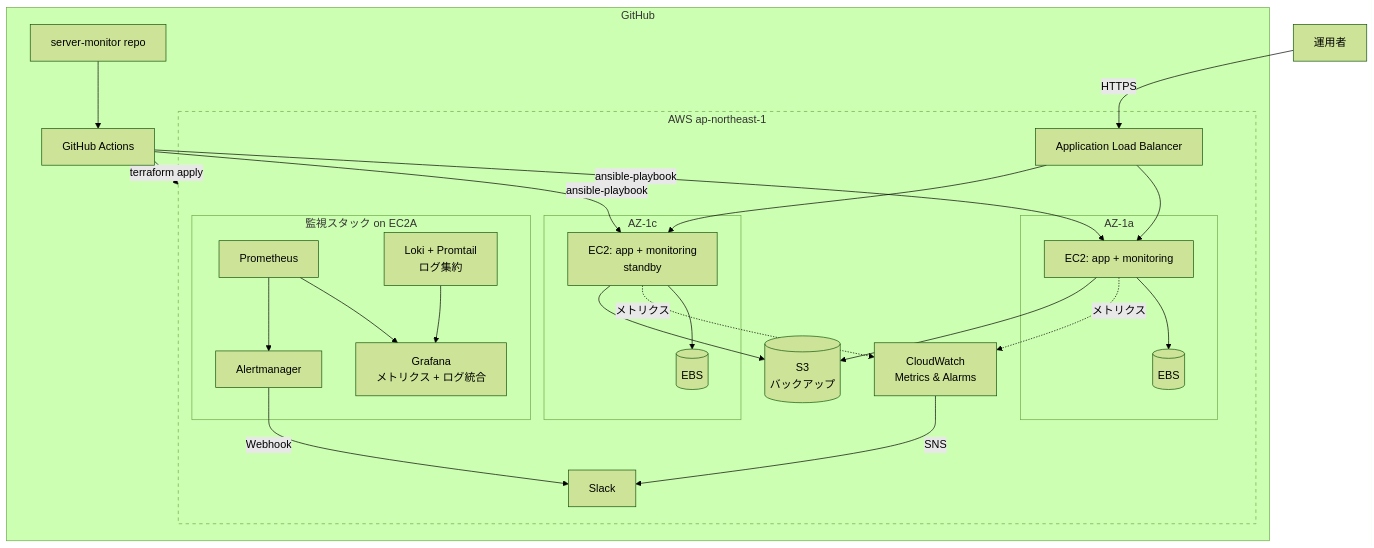
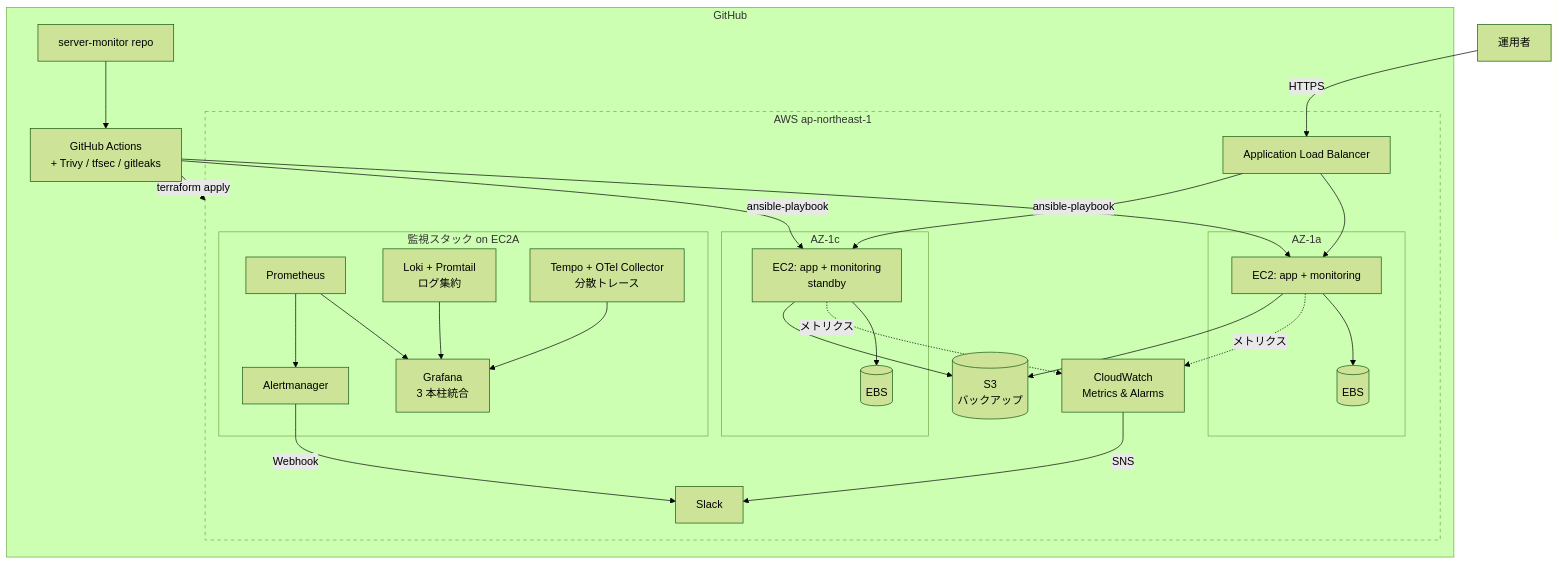
One commit to ns7jp/ns7jp changed the second of 3 diagrams in docs/architecture-diagram.md. Above: the diagram before and after it, drawn with Mermaid (forest theme). The commit also changed other lines of this file and 11 other files, not shown here.

````diff
--- a/docs/architecture-diagram.md
+++ b/docs/architecture-diagram.md
@@ -44,54 +44,56 @@
 ```mermaid
 flowchart TB
     User[運用者] -->|HTTPS| ALB
 
     subgraph AWS[AWS ap-northeast-1]
         ALB[Application Load Balancer]
         ALB --> EC2A
         ALB --> EC2B
 
         subgraph AZ1[AZ-1a]
             EC2A[EC2: app + monitoring]
             EBS_A[(EBS)]
             EC2A --> EBS_A
         end
 
         subgraph AZ2[AZ-1c]
             EC2B[EC2: app + monitoring<br/>standby]
             EBS_B[(EBS)]
             EC2B --> EBS_B
         end
 
         EC2A -.メトリクス.-> CW
         EC2B -.メトリクス.-> CW
         CW[CloudWatch<br/>Metrics & Alarms]
 
         EC2A --> S3[(S3<br/>バックアップ)]
         EC2B --> S3
 
         subgraph Monitoring[監視スタック on EC2A]
             Prom2[Prometheus]
             Loki[Loki + Promtail<br/>ログ集約]
-            Grafana2[Grafana<br/>メトリクス + ログ統合]
+            Tempo[Tempo + OTel Collector<br/>分散トレース]
+            Grafana2[Grafana<br/>3 本柱統合]
             Alert2[Alertmanager]
 
             Prom2 --> Grafana2
             Loki --> Grafana2
+            Tempo --> Grafana2
             Prom2 --> Alert2
         end
 
         Alert2 -->|Webhook| Slack2[Slack]
         CW -->|SNS| Slack2
     end
 
     subgraph CICD[GitHub]
         Repo[server-monitor repo]
-        Actions[GitHub Actions]
+        Actions[GitHub Actions<br/>+ Trivy / tfsec / gitleaks]
         Repo --> Actions
         Actions -->|terraform apply| AWS
         Actions -->|ansible-playbook| EC2A
         Actions -->|ansible-playbook| EC2B
     end
 
     style AWS stroke-dasharray: 5 5
 ```
````
